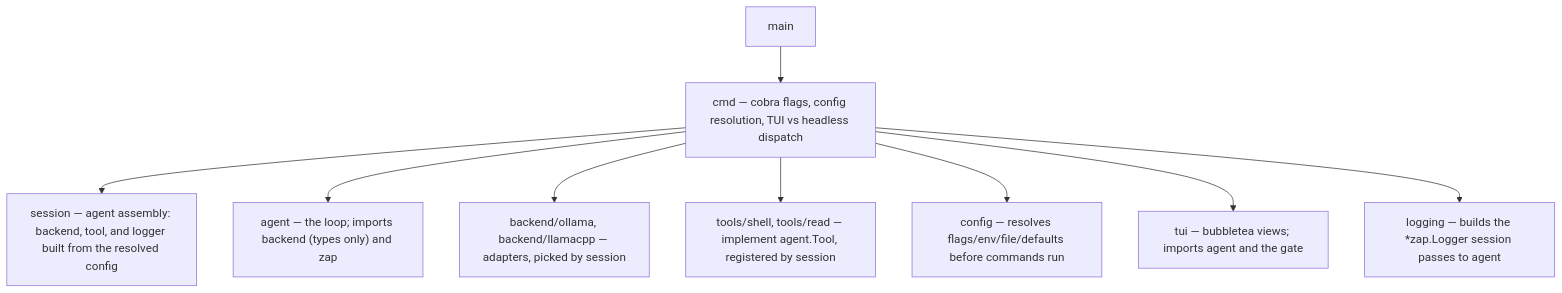
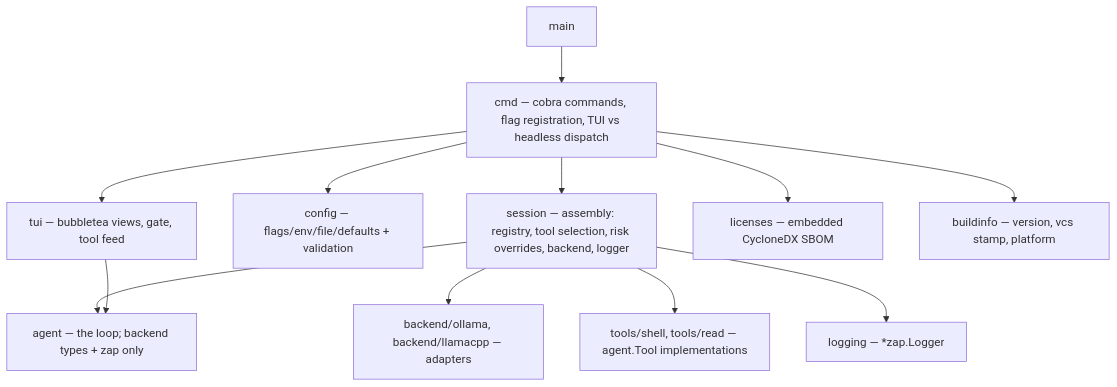
The second of 2 diagrams in README.md (ottenwbe/go-reins), drawn with Mermaid before and after one commit. The commit also changed other lines of this file and 1 other file, not shown here.

````diff
--- a/README.md
+++ b/README.md
@@ -161,11 +269,14 @@
 ```mermaid
 flowchart TD
-    main["main"] --> cmd["cmd — cobra flags, config resolution, TUI vs headless dispatch"]
-    cmd --> session["session — agent assembly: backend, tool, and logger built from the resolved config"]
-    cmd --> agent["agent — the loop; imports backend (types only) and zap"]
-    cmd --> backends["backend/ollama, backend/llamacpp — adapters, picked by session"]
-    cmd --> tools["tools/shell, tools/read — implement agent.Tool, registered by session"]
-    cmd --> config["config — resolves flags/env/file/defaults before commands run"]
-    cmd --> tui["tui — bubbletea views; imports agent and the gate"]
-    cmd --> logging["logging — builds the *zap.Logger session passes to agent"]
+    main["main"] --> cmd["cmd — cobra commands, flag registration, TUI vs headless dispatch"]
+    cmd --> session["session — assembly: registry, tool selection, risk overrides, backend, logger"]
+    cmd --> config["config — flags/env/file/defaults + validation"]
+    cmd --> tui["tui — bubbletea views, gate, tool feed"]
+    cmd --> licenses["licenses — embedded CycloneDX SBOM"]
+    cmd --> buildinfo["buildinfo — version, vcs stamp, platform"]
+    session --> agent["agent — the loop; backend types + zap only"]
+    session --> backends["backend/ollama, backend/llamacpp — adapters"]
+    session --> tools["tools/shell, tools/read — agent.Tool implementations"]
+    session --> logging["logging — *zap.Logger"]
+    tui --> agent
 ```
````
